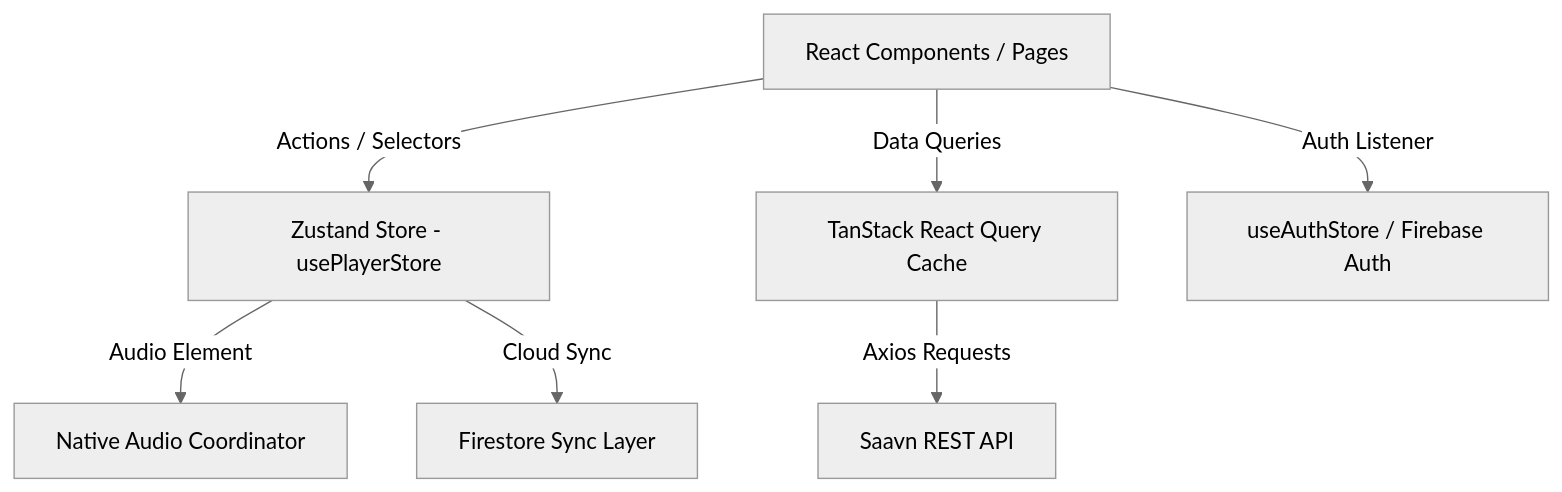
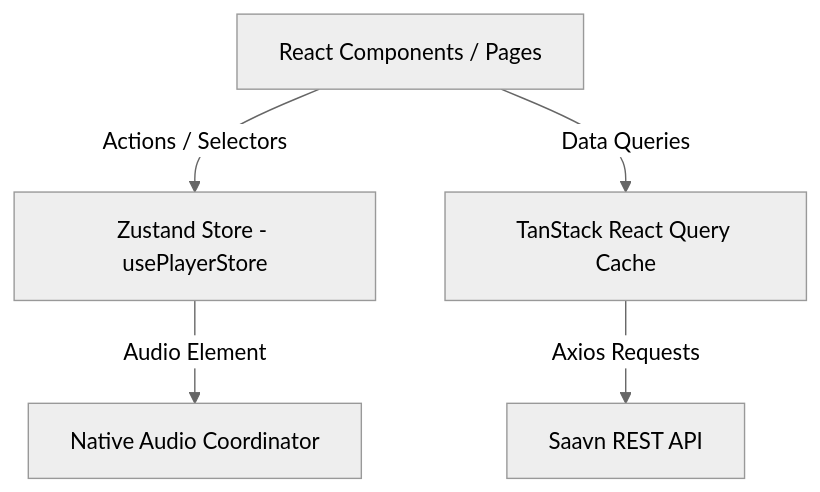
The diagram in ARCHITECTURE.md (pandeYtushal/Music), drawn with Mermaid (neutral theme) before and after one commit. The commit also changed other lines of this file and 10 other files, not shown here.

````diff
--- a/ARCHITECTURE.md
+++ b/ARCHITECTURE.md
@@ -11,9 +11,7 @@
 ```mermaid
 graph TD
     UI[React Components / Pages] --> |Actions / Selectors| Store[Zustand Store - usePlayerStore]
     UI --> |Data Queries| Cache[TanStack React Query Cache]
     Store --> |Audio Element| Audio[Native Audio Coordinator]
     Cache --> |Axios Requests| API[Saavn REST API]
-    UI --> |Auth Listener| Auth[useAuthStore / Firebase Auth]
-    Store --> |Cloud Sync| DB[Firestore Sync Layer]
 ```
````
